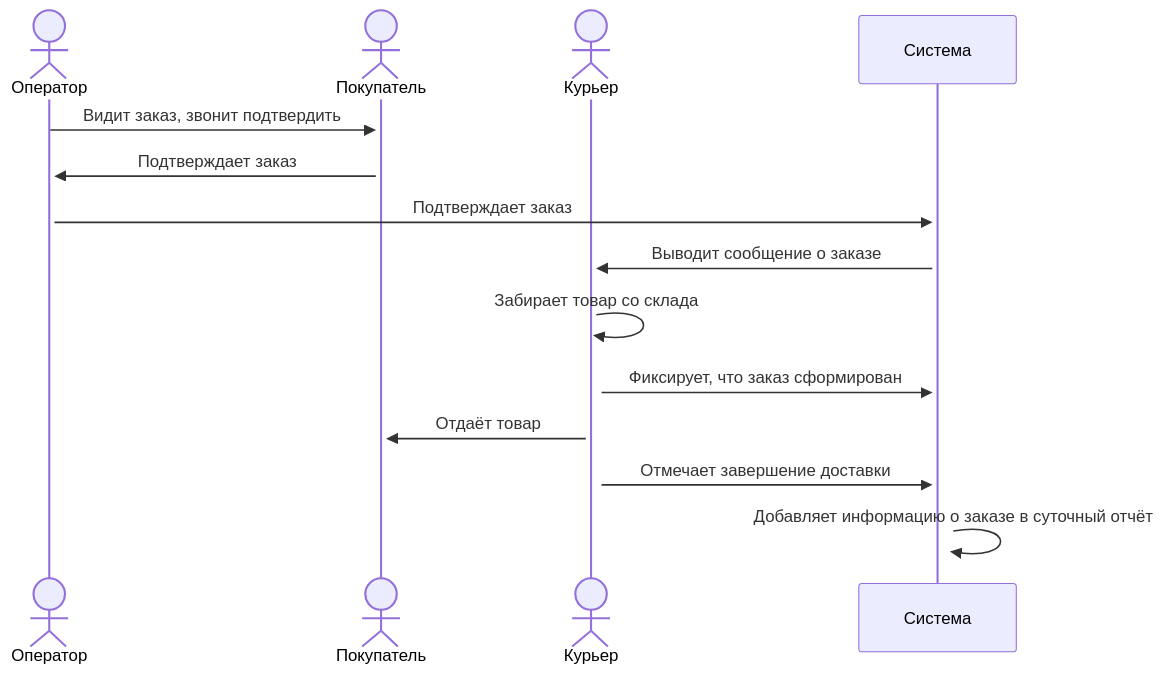
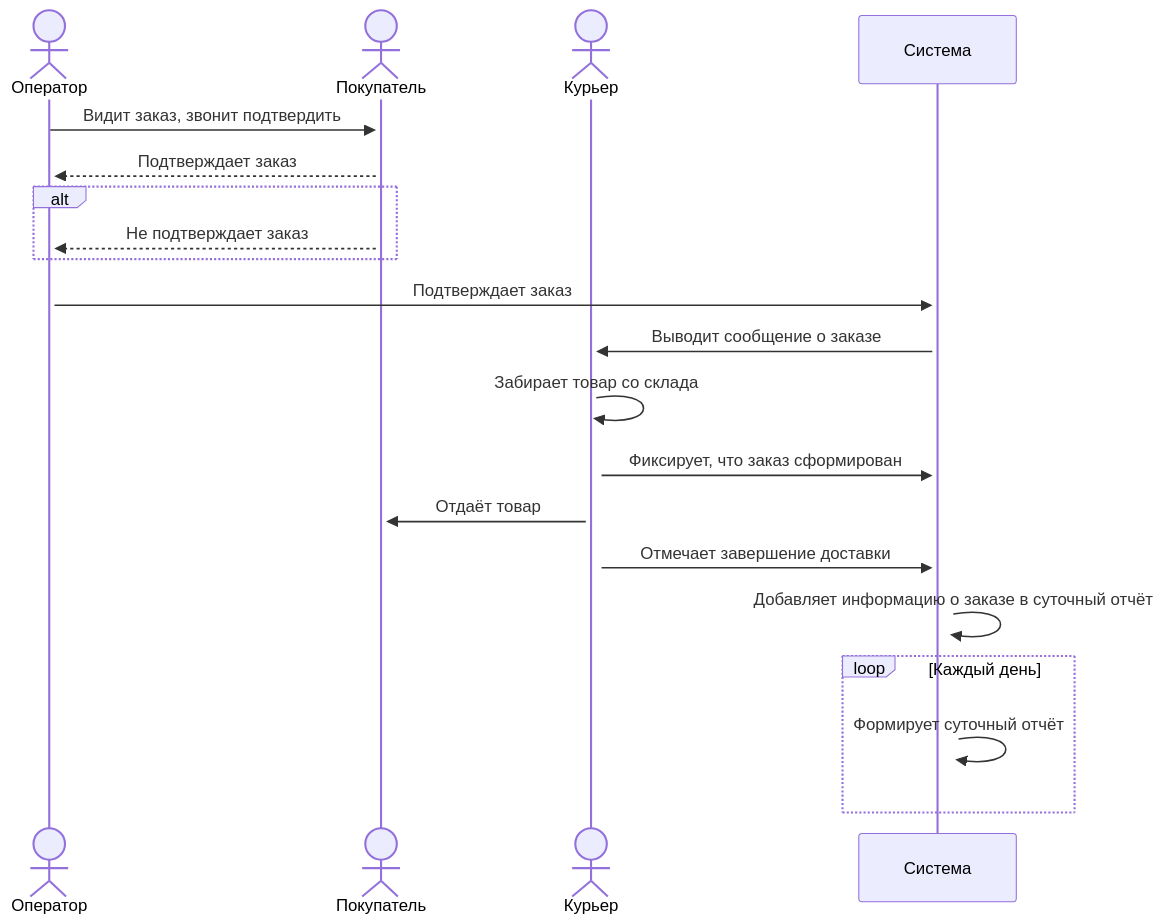
The third of 3 diagrams in Задание - Авария/Описание решения.md (mr-karpets/Portfolio), drawn with Mermaid before and after one commit. The commit also changed other lines of this file, not shown here.

````diff
--- a/Задание - Авария/Описание решения.md
+++ b/Задание - Авария/Описание решения.md
@@ -69,16 +68,23 @@
 ```mermaid
 sequenceDiagram
     actor C as Оператор
     actor A as Покупатель
     actor D as Курьер
     participant B as Система
     C->>+A: Видит заказ, звонит подтвердить
-    A->>+C: Подтверждает заказ
+    A-->>+C: Подтверждает заказ
+    alt
+        A-->>C: Не подтверждает заказ
+    end 
+
     C->>+B: Подтверждает заказ
     B->>+D: Выводит сообщение о заказе
     D->>+D: Забирает товар со склада
     D->>+B: Фиксирует, что заказ сформирован
     D->>+A: Отдаёт товар
     D->>+B: Отмечает завершение доставки
     B->>+B: Добавляет информацию о заказе в суточный отчёт
+    loop Каждый день
+        B->>+B: Формирует суточный отчёт
+    end
 ```
````
